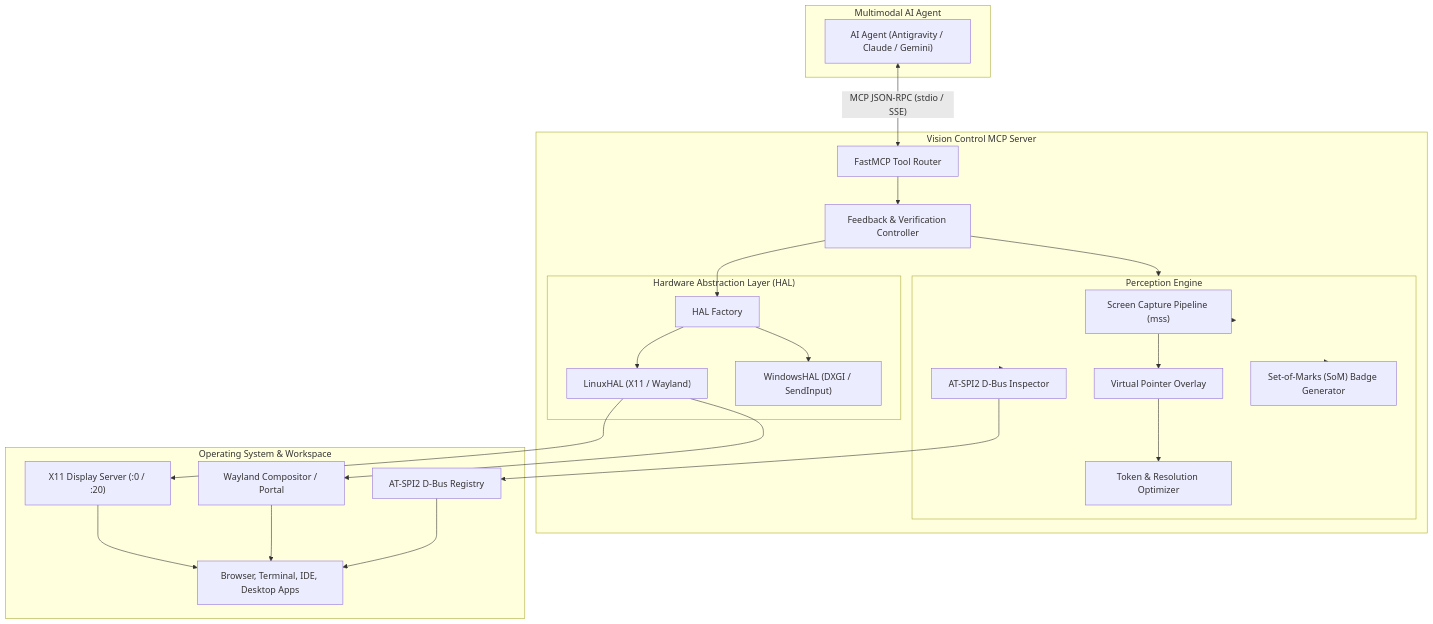
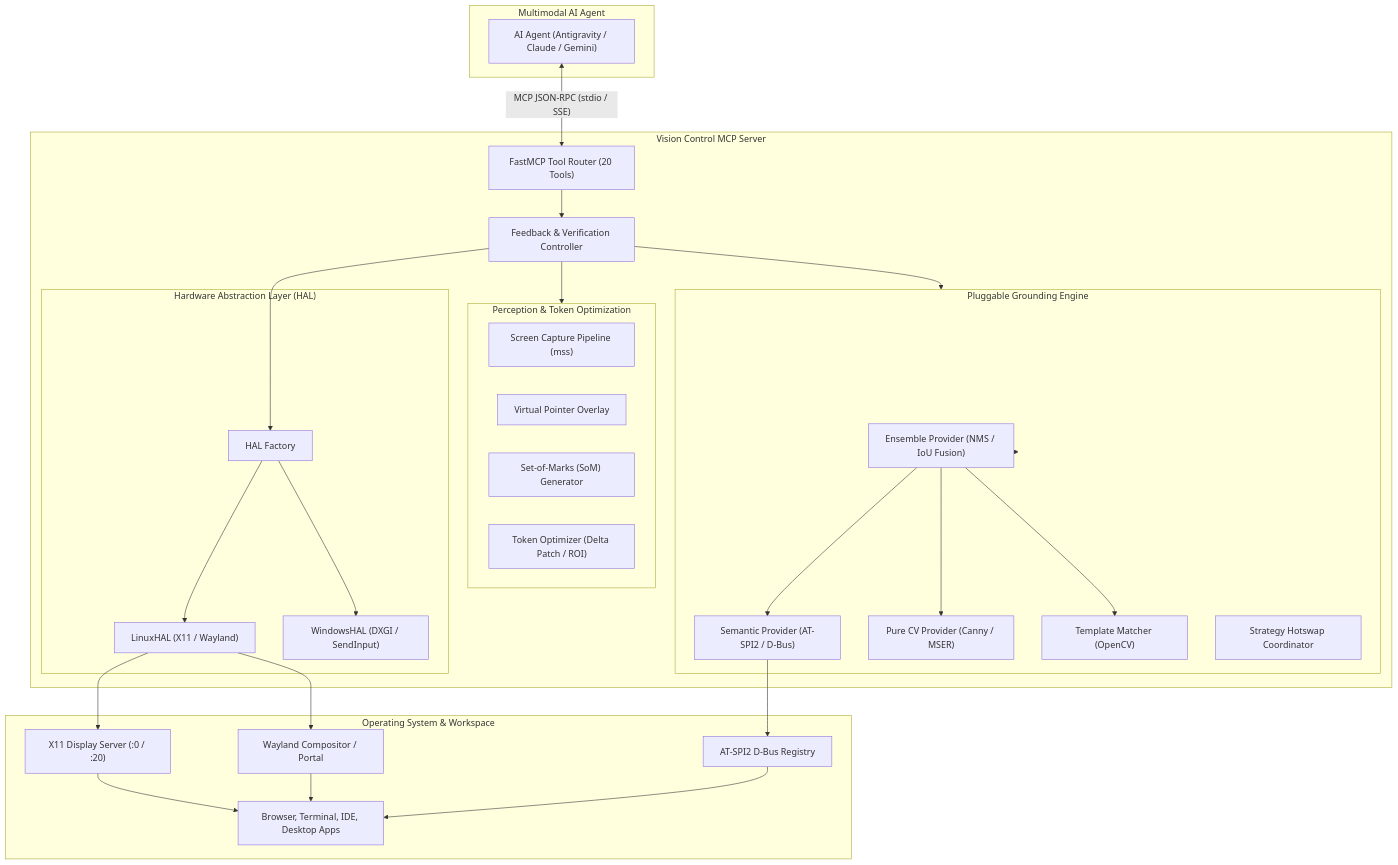
One commit to mayurkubavat/desktop-control changed the diagram in README.md. Above: the diagram before and after it, drawn with Mermaid. The commit also changed other lines of this file and 17 other files, not shown here.

Commit message:
feat: enhance Vision MCP with hotswappable grounding engine, token optimizer, and compound actions

````diff
--- a/README.md
+++ b/README.md
@@ -31,50 +33,58 @@
 ```mermaid
 flowchart TB
     subgraph Client ["Multimodal AI Agent"]
         LLM["AI Agent (Antigravity / Claude / Gemini)"]
     end
 
     subgraph MCP ["Vision Control MCP Server"]
-        Router["FastMCP Tool Router"]
+        Router["FastMCP Tool Router (20 Tools)"]
         LoopEngine["Feedback & Verification Controller"]
 
-        subgraph Perception ["Perception Engine"]
+        subgraph GroundingEngine ["Pluggable Grounding Engine"]
+            Ensemble["Ensemble Provider (NMS / IoU Fusion)"]
+            Semantic["Semantic Provider (AT-SPI2 / D-Bus)"]
+            CV["Pure CV Provider (Canny / MSER)"]
+            Template["Template Matcher (OpenCV)"]
+            Hotswap["Strategy Hotswap Coordinator"]
+        end
+
+        subgraph Perception ["Perception & Token Optimization"]
             CapPipe["Screen Capture Pipeline (mss)"]
             CursorDraw["Virtual Pointer Overlay"]
-            ATSPITree["AT-SPI2 D-Bus Inspector"]
-            SoMGen["Set-of-Marks (SoM) Badge Generator"]
-            Compressor["Token & Resolution Optimizer"]
+            SoMGen["Set-of-Marks (SoM) Generator"]
+            TokenOpt["Token Optimizer (Delta Patch / ROI)"]
         end
 
         subgraph HAL ["Hardware Abstraction Layer (HAL)"]
             HALFactory["HAL Factory"]
             LinuxHAL["LinuxHAL (X11 / Wayland)"]
             WinHAL["WindowsHAL (DXGI / SendInput)"]
         end
     end
 
     subgraph Desktop ["Operating System & Workspace"]
         X11["X11 Display Server (:0 / :20)"]
         WaylandPortal["Wayland Compositor / Portal"]
         ATSPIDBus["AT-SPI2 D-Bus Registry"]
         Apps["Browser, Terminal, IDE, Desktop Apps"]
     end
 
     LLM <-->|"MCP JSON-RPC (stdio / SSE)"| Router
     Router --> LoopEngine
+    LoopEngine --> GroundingEngine
     LoopEngine --> Perception
     LoopEngine --> HALFactory
+
+    GroundingEngine --> Ensemble
+    Ensemble --> Semantic
+    Ensemble --> CV
+    Ensemble --> Template
 
     HALFactory --> LinuxHAL
     HALFactory --> WinHAL
 
-    Perception --> CapPipe
-    Perception --> ATSPITree
-    Perception --> SoMGen
-    CapPipe --> CursorDraw --> Compressor
-
     LinuxHAL --> X11
     LinuxHAL --> WaylandPortal
-    ATSPITree --> ATSPIDBus
+    Semantic --> ATSPIDBus
     X11 & WaylandPortal & ATSPIDBus --> Apps
 ```
````
